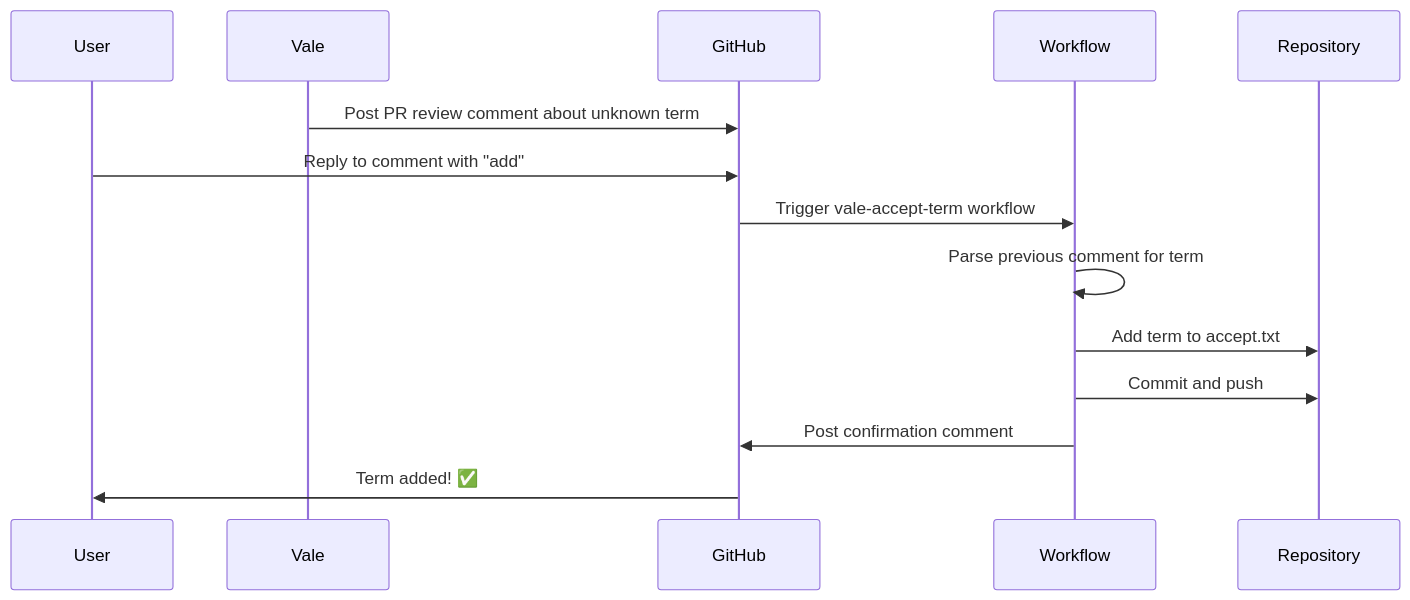
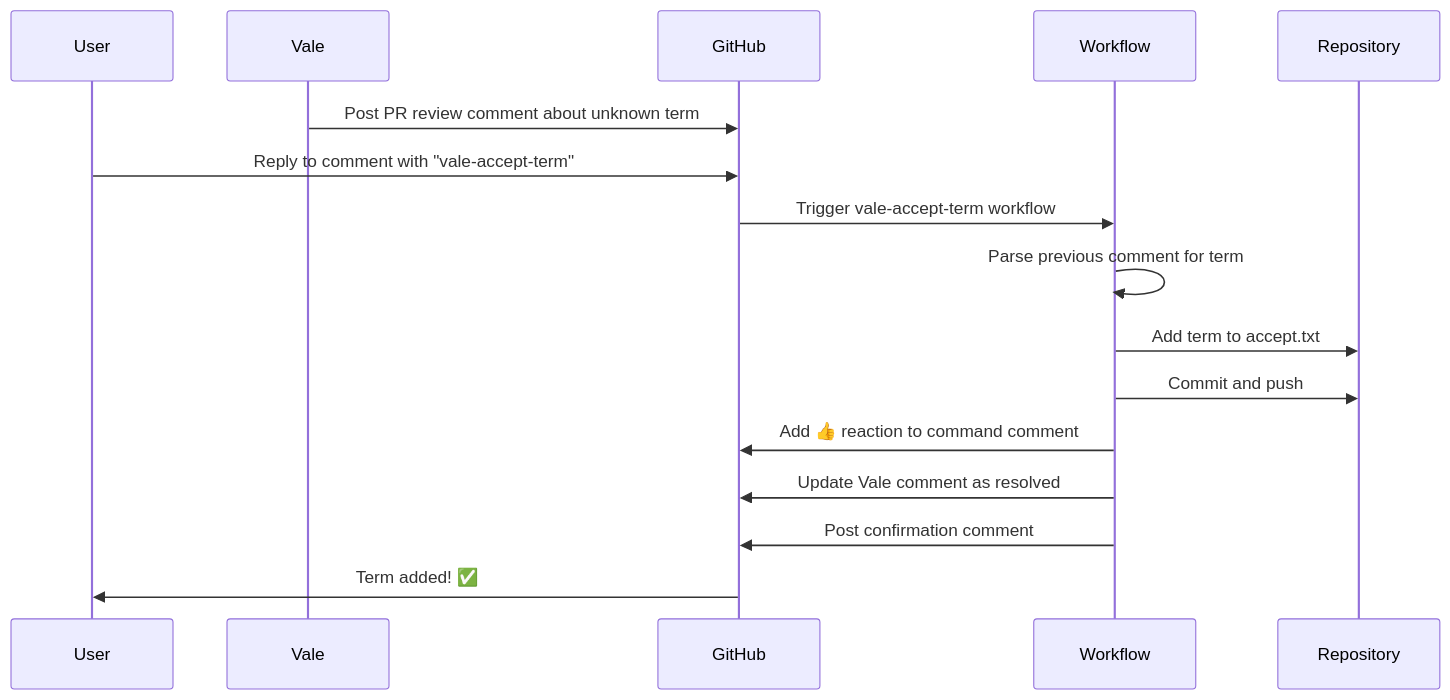
The diagram in .github/workflows/VALE_ACCEPT_TERM.md (Calculinux/docs), drawn with Mermaid before and after one commit. The commit also changed other lines of this file and 3 other files, not shown here.

Commit message:
enhance vale reply behavior

````diff
--- a/.github/workflows/VALE_ACCEPT_TERM.md
+++ b/.github/workflows/VALE_ACCEPT_TERM.md
@@ -11,17 +11,19 @@
 ```mermaid
 sequenceDiagram
     participant User
     participant Vale
     participant GitHub
     participant Workflow
     participant Repository
 
     Vale->>GitHub: Post PR review comment about unknown term
-    User->>GitHub: Reply to comment with "add"
+    User->>GitHub: Reply to comment with "vale-accept-term"
     GitHub->>Workflow: Trigger vale-accept-term workflow
     Workflow->>Workflow: Parse previous comment for term
     Workflow->>Repository: Add term to accept.txt
     Workflow->>Repository: Commit and push
+    Workflow->>GitHub: Add 👍 reaction to command comment
+    Workflow->>GitHub: Update Vale comment as resolved
     Workflow->>GitHub: Post confirmation comment
     GitHub->>User: Term added! ✅
 ```
````
